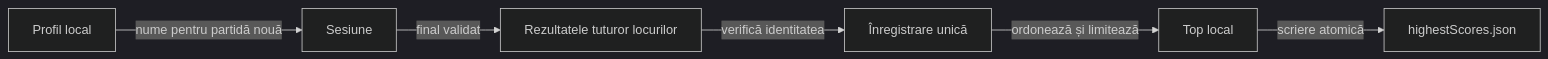
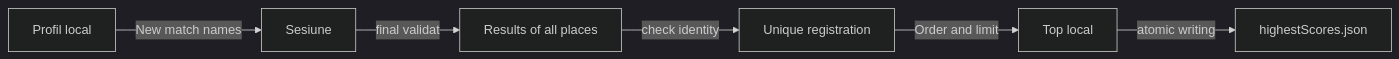
Before and after one commit to crististefanita/atf_j4: the diagram in docs/game/ATF_PlayerRecords.md, drawn with Mermaid (dark theme). The commit also changed other lines of this file and 122 other files, not shown here.

````diff
--- a/docs/game/ATF_PlayerRecords.md
+++ b/docs/game/ATF_PlayerRecords.md
@@ -9,8 +9,8 @@
 ```mermaid
 flowchart LR
-    PREF[Profil local] -->|nume pentru partidă nouă| GAME[Sesiune]
-    GAME -->|final validat| RECORD[Rezultatele tuturor locurilor]
-    RECORD -->|verifică identitatea| ONCE[Înregistrare unică]
-    ONCE -->|ordonează și limitează| TOP[Top local]
-    TOP -->|scriere atomică| FILE[highestScores.json]
+    PREF[Profil local] -->|New match names| GAME[Sesiune]
+    GAME -->|final validat| RECORD[Results of all places]
+    RECORD -->|check identity| ONCE[Unique registration]
+    ONCE -->|Order and limit| TOP[Top local]
+    TOP -->|atomic writing| FILE[highestScores.json]
 ```
````
